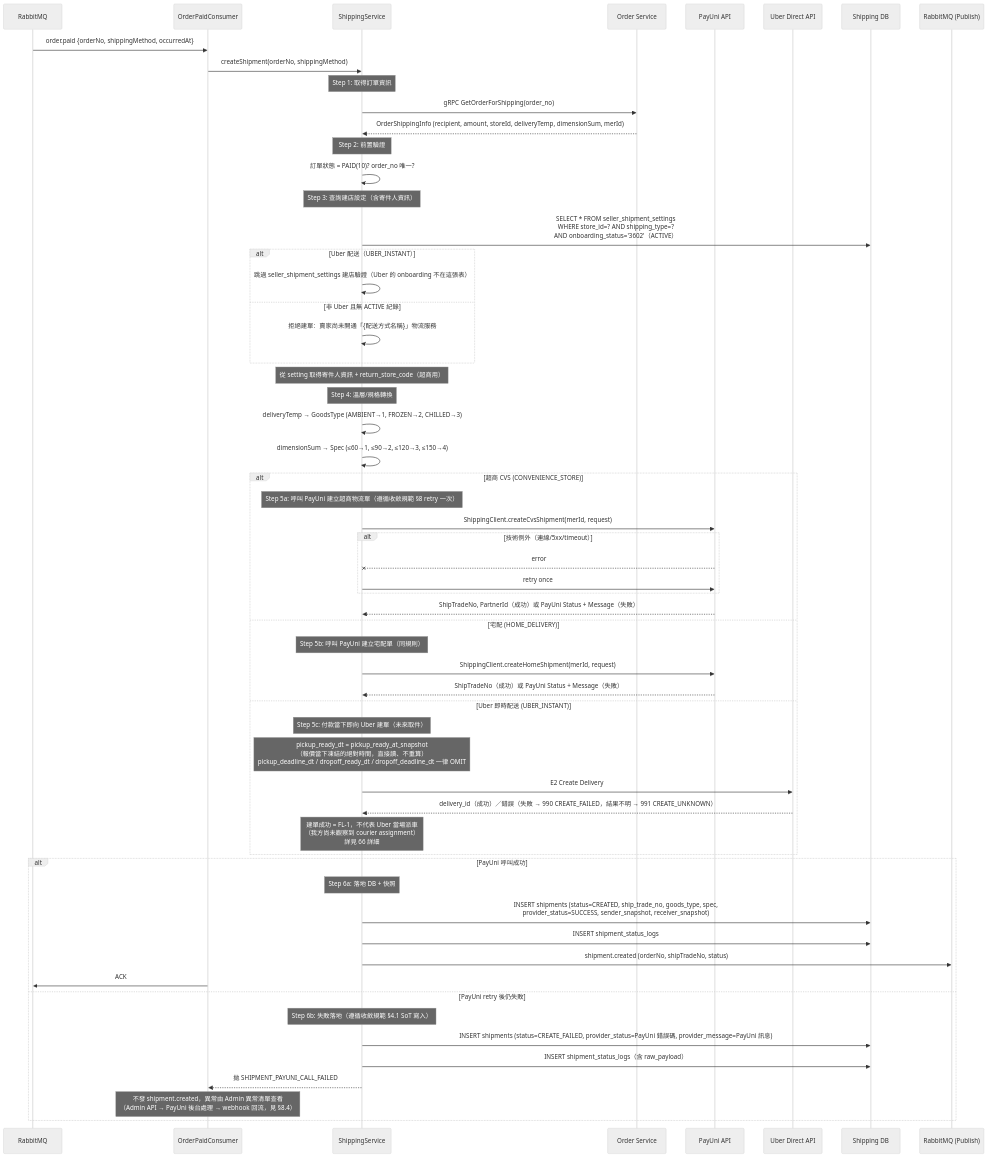
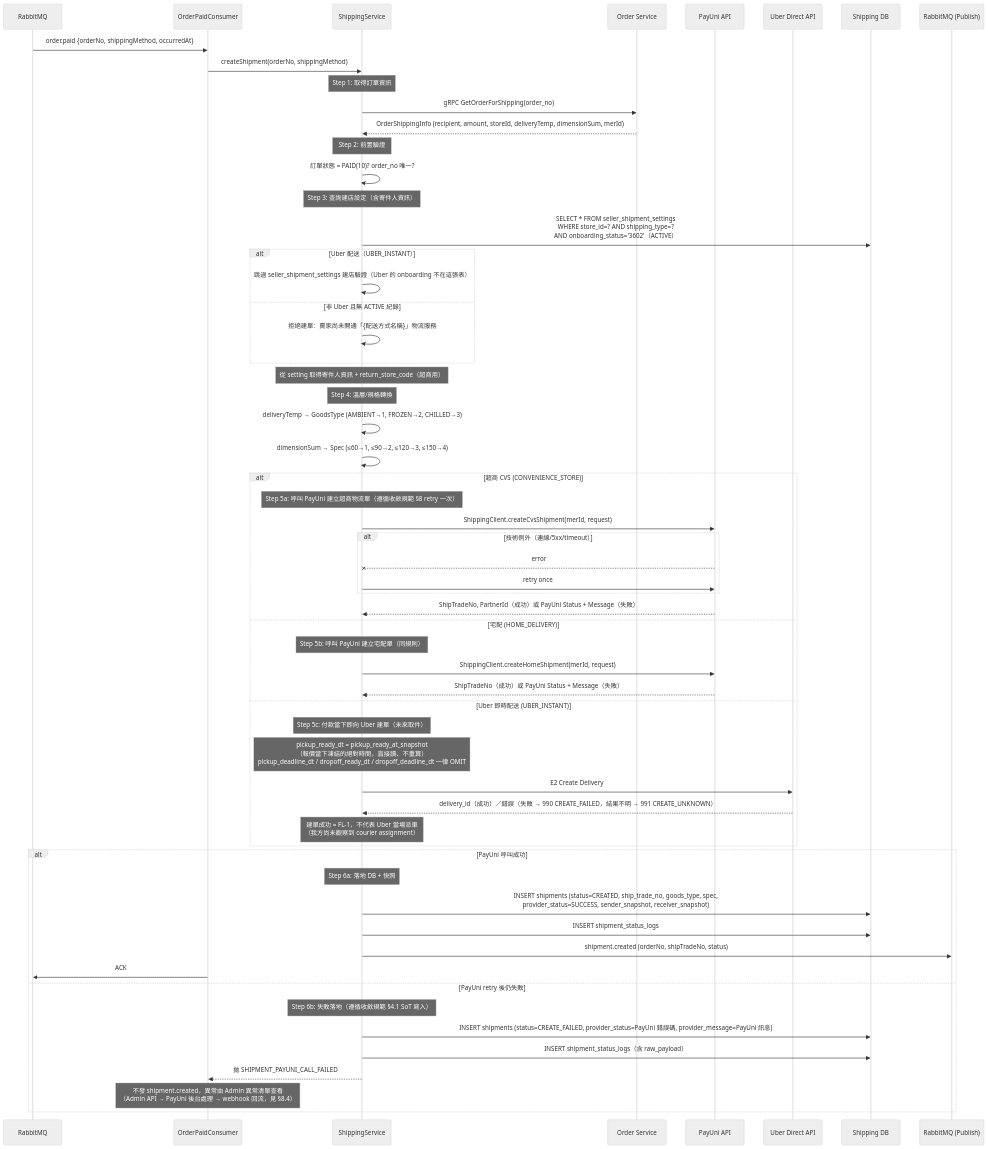
One commit to Will413028/hawkr changed the fourth of 28 diagrams in backend/docs/詳細設計書/06-物流微服務（Shipping Service）詳細設計書.md. Above: the diagram before and after it, drawn with Mermaid (neutral theme). The commit also changed other lines of this file and 80 other files, not shown here.

````diff
--- a/backend/docs/詳細設計書/06-物流微服務（Shipping Service）詳細設計書.md
+++ b/backend/docs/詳細設計書/06-物流微服務（Shipping Service）詳細設計書.md
@@ -1787,68 +1786,68 @@
 ```mermaid
 sequenceDiagram
     participant MQ as RabbitMQ
     participant Consumer as OrderPaidConsumer
     participant Ship as ShippingService
     participant Order as Order Service
     participant PayUni as PayUni API
     participant Uber as Uber Direct API
     participant DB as Shipping DB
     participant PubMQ as RabbitMQ (Publish)
 
     MQ->>Consumer: order.paid {orderNo, shippingMethod, occurredAt}
     Consumer->>Ship: createShipment(orderNo, shippingMethod)
 
     Note over Ship: Step 1: 取得訂單資訊
     Ship->>Order: gRPC GetOrderForShipping(order_no)
     Order-->>Ship: OrderShippingInfo (recipient, amount, storeId, deliveryTemp, dimensionSum, merId)
 
     Note over Ship: Step 2: 前置驗證
     Ship->>Ship: 訂單狀態 = PAID(10)? order_no 唯一?
 
     Note over Ship: Step 3: 查詢建店設定（含寄件人資訊）
     Ship->>DB: SELECT * FROM seller_shipment_settings<br/>WHERE store_id=? AND shipping_type=?<br/>AND onboarding_status='3602'（ACTIVE）
     alt Uber 配送（UBER_INSTANT）
         Ship->>Ship: 跳過 seller_shipment_settings 建店驗證（Uber 的 onboarding 不在這張表）
     else 非 Uber 且無 ACTIVE 紀錄
         Ship->>Ship: 拒絕建單：賣家尚未開通「{配送方式名稱}」物流服務
     end
     Note over Ship: 從 setting 取得寄件人資訊 + return_store_code（超商用）
 
     Note over Ship: Step 4: 溫層/規格轉換
     Ship->>Ship: deliveryTemp → GoodsType (AMBIENT→1, FROZEN→2, CHILLED→3)
     Ship->>Ship: dimensionSum → Spec (≤60→1, ≤90→2, ≤120→3, ≤150→4)
 
     alt 超商 CVS (CONVENIENCE_STORE)
         Note over Ship: Step 5a: 呼叫 PayUni 建立超商物流單（遵循收斂規範 §8 retry 一次）
         Ship->>PayUni: ShippingClient.createCvsShipment(merId, request)
         alt 技術例外（連線/5xx/timeout）
             PayUni--xShip: error
             Ship->>PayUni: retry once
         end
         PayUni-->>Ship: ShipTradeNo, PartnerId（成功）或 PayUni Status + Message（失敗）
     else 宅配 (HOME_DELIVERY)
         Note over Ship: Step 5b: 呼叫 PayUni 建立宅配單（同規則）
         Ship->>PayUni: ShippingClient.createHomeShipment(merId, request)
         PayUni-->>Ship: ShipTradeNo（成功）或 PayUni Status + Message（失敗）
     else Uber 即時配送 (UBER_INSTANT)
         Note over Ship: Step 5c: 付款當下即向 Uber 建單（未來取件）
         Note over Ship: pickup_ready_dt = pickup_ready_at_snapshot<br/>（報價當下凍結的絕對時間，直接讀、不重算）<br/>pickup_deadline_dt / dropoff_ready_dt / dropoff_deadline_dt 一律 OMIT
         Ship->>Uber: E2 Create Delivery
         Uber-->>Ship: delivery_id（成功）／錯誤（失敗 → 990 CREATE_FAILED，結果不明 → 991 CREATE_UNKNOWN）
-        Note over Ship: 建單成功 = FL-1，不代表 Uber 當場派車<br/>（我方尚未觀察到 courier assignment）<br/>詳見 66 詳細
+        Note over Ship: 建單成功 = FL-1，不代表 Uber 當場派車<br/>（我方尚未觀察到 courier assignment）
     end
 
     alt PayUni 呼叫成功
         Note over Ship: Step 6a: 落地 DB + 快照
         Ship->>DB: INSERT shipments (status=CREATED, ship_trade_no, goods_type, spec,<br/>provider_status=SUCCESS, sender_snapshot, receiver_snapshot)
         Ship->>DB: INSERT shipment_status_logs
         Ship->>PubMQ: shipment.created (orderNo, shipTradeNo, status)
         Consumer->>MQ: ACK
     else PayUni retry 後仍失敗
         Note over Ship: Step 6b: 失敗落地（遵循收斂規範 §4.1 SoT 寫入）
         Ship->>DB: INSERT shipments (status=CREATE_FAILED, provider_status=PayUni 錯誤碼, provider_message=PayUni 訊息)
         Ship->>DB: INSERT shipment_status_logs（含 raw_payload）
         Ship-->>Consumer: 拋 SHIPMENT_PAYUNI_CALL_FAILED
         Note over Consumer: 不發 shipment.created，異常由 Admin 異常清單查看<br/>（Admin API → PayUni 後台處理 → webhook 回流，見 §8.4）
     end
 ```
````
